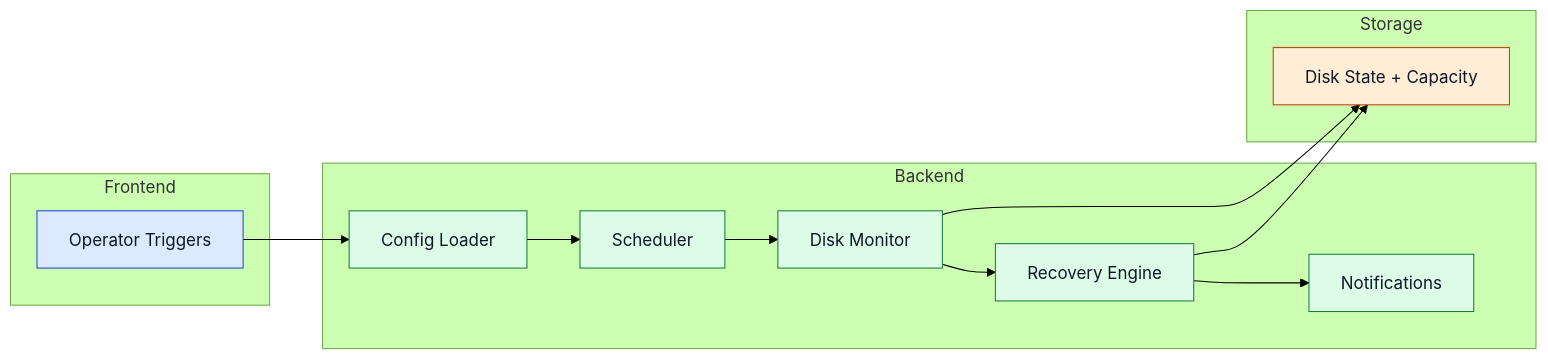
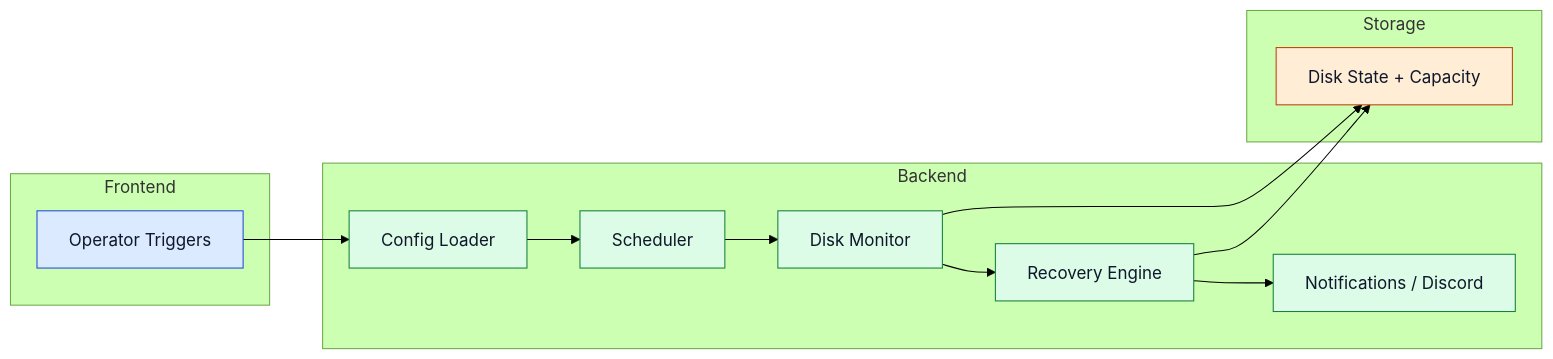
The diagram in docusaurus/docs/core-services.md (VulcanoSoftware/eindproject), drawn with Mermaid (forest theme) before and after one commit. The commit also changed other lines of this file and 9 other files, not shown here.

````diff
--- a/docusaurus/docs/core-services.md
+++ b/docusaurus/docs/core-services.md
@@ -12,30 +12,30 @@
 ```mermaid
 flowchart LR
   subgraph Frontend
     OPS[Operator Triggers]
   end
 
   subgraph Backend
     CFG[Config Loader]
     SCH[Scheduler]
     MON[Disk Monitor]
     REC[Recovery Engine]
-    NOTIF[Notifications]
+    NOTIF[Notifications / Discord]
   end
 
   subgraph Storage
     STATE[Disk State + Capacity]
   end
 
   OPS --> CFG --> SCH --> MON --> REC --> NOTIF
   MON --> STATE
   REC --> STATE
 
   classDef frontend fill:#dbeafe,stroke:#1d4ed8,color:#0f172a,stroke-width:1px;
   classDef backend fill:#dcfce7,stroke:#15803d,color:#0f172a,stroke-width:1px;
   classDef storage fill:#ffedd5,stroke:#c2410c,color:#0f172a,stroke-width:1px;
 
   class OPS frontend;
   class CFG,SCH,MON,REC,NOTIF backend;
   class STATE storage;
 ```
````
